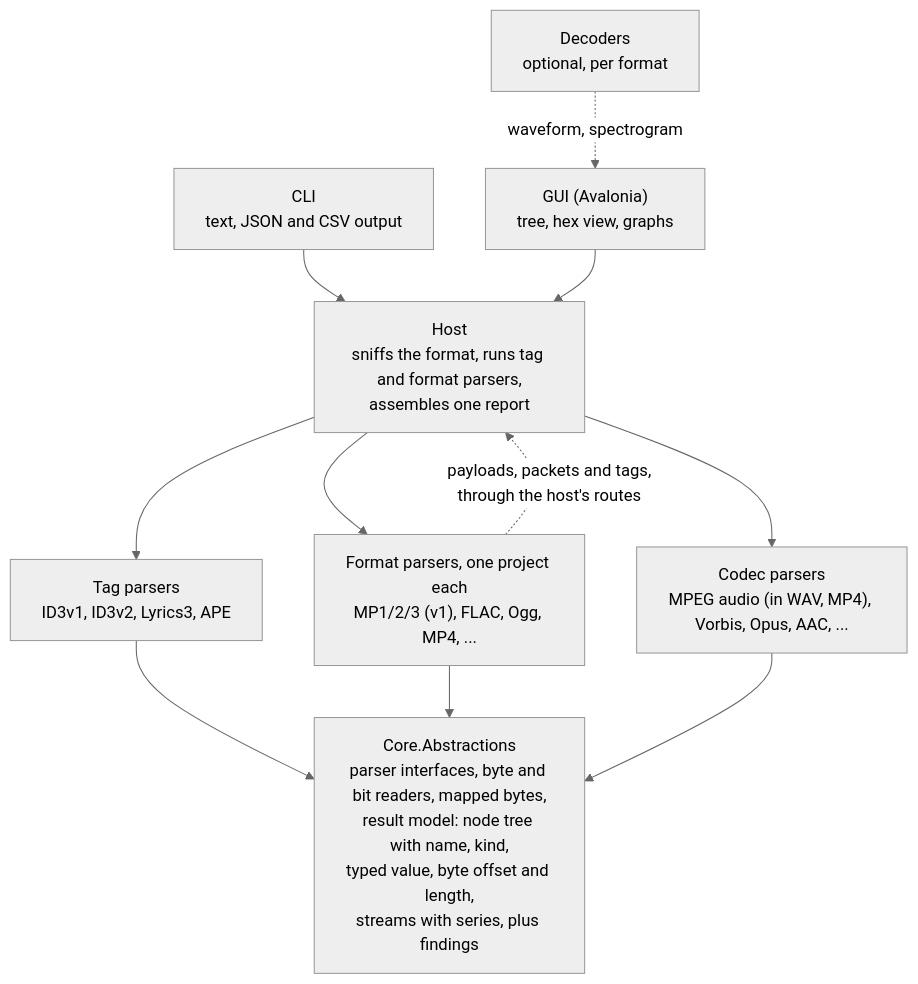
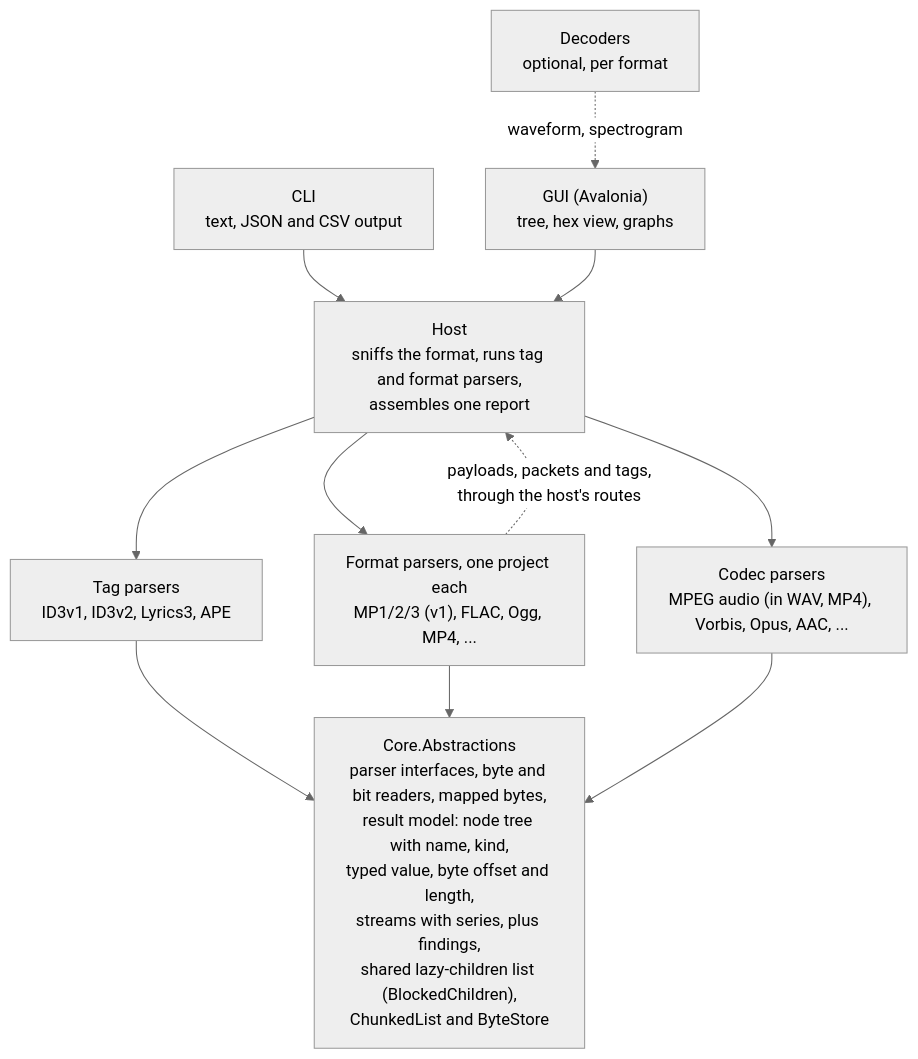
Before and after one commit to smares/encspect: the diagram in docs/PLAN.md, drawn with Mermaid (neutral theme). The commit also changed 8 other files, not shown here.

First line of the commit message:
Run the forced-collection tests alone, explain hashed mismatches, document the shared list

````diff
--- a/docs/PLAN.md
+++ b/docs/PLAN.md
@@ -47,13 +47,13 @@
 ```mermaid
 flowchart TD
     CLI["CLI<br/>text, JSON and CSV output"] --> Host
     GUI["GUI (Avalonia)<br/>tree, hex view, graphs"] --> Host
     Decoders["Decoders<br/>optional, per format"] -.->|"waveform, spectrogram"| GUI
     Host["Host<br/>sniffs the format, runs tag and format parsers,<br/>assembles one report"] --> Tags["Tag parsers<br/>ID3v1, ID3v2, Lyrics3, APE"]
     Host --> Formats["Format parsers, one project each<br/>MP1/2/3 (v1), FLAC, Ogg, MP4, ..."]
     Host --> Codecs["Codec parsers<br/>MPEG audio (in WAV, MP4), Vorbis, Opus, AAC, ..."]
     Formats -.->|"payloads, packets and tags,<br/>through the host's routes"| Host
-    Tags --> Core["Core.Abstractions<br/>parser interfaces, byte and bit readers, mapped bytes,<br/>result model: node tree with name, kind,<br/>typed value, byte offset and length,<br/>streams with series, plus findings"]
+    Tags --> Core["Core.Abstractions<br/>parser interfaces, byte and bit readers, mapped bytes,<br/>result model: node tree with name, kind,<br/>typed value, byte offset and length,<br/>streams with series, plus findings,<br/>shared lazy-children list (BlockedChildren),<br/>ChunkedList and ByteStore"]
     Formats --> Core
     Codecs --> Core
 ```
````
